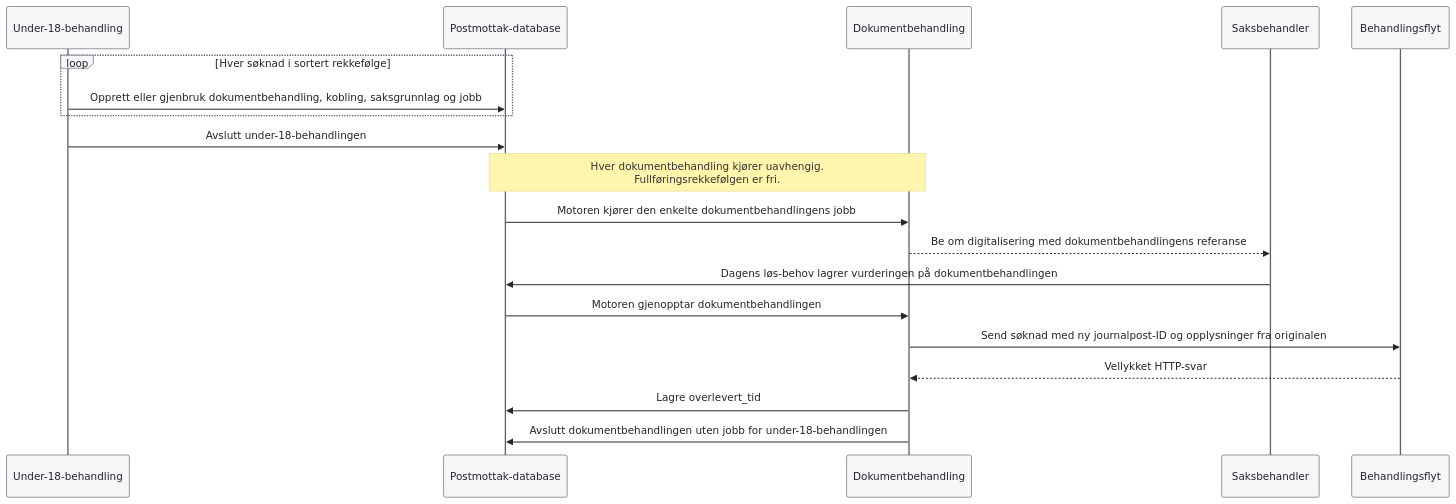
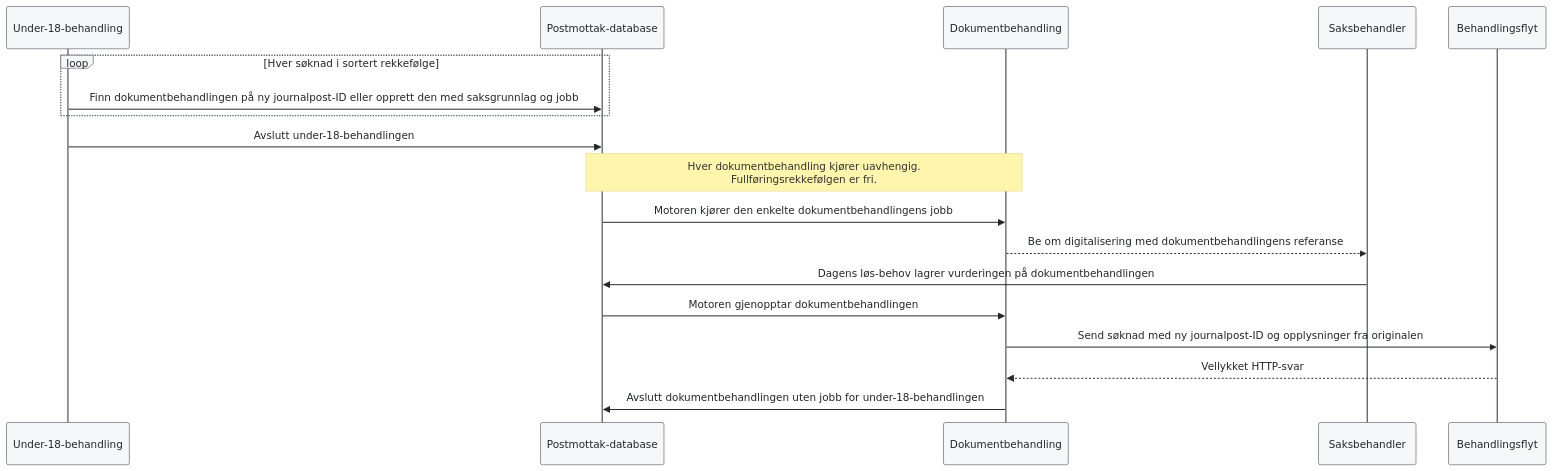
Before and after one commit to navikt/aap-postmottak-backend: the fifth of 6 diagrams in under-18-flyt.md, drawn with Mermaid. The commit also changed other lines of this file and 43 other files, not shown here.

````diff
--- a/under-18-flyt.md
+++ b/under-18-flyt.md
@@ -431,22 +431,21 @@
 ```mermaid
 %%{init: {"theme":"base","themeVariables":{"primaryColor":"#F6F7F9","primaryTextColor":"#23262A","primaryBorderColor":"#5B6169","lineColor":"#5B6169","secondaryColor":"#FBEDED","tertiaryColor":"#F6F7F9","background":"#FFFFFF"}}}%%
 sequenceDiagram
     participant F as Under-18-behandling
     participant DB as Postmottak-database
     participant B as Dokumentbehandling
     participant S as Saksbehandler
     participant K as Behandlingsflyt
     loop Hver søknad i sortert rekkefølge
-        F->>DB: Opprett eller gjenbruk dokumentbehandling, kobling, saksgrunnlag og jobb
+        F->>DB: Finn dokumentbehandlingen på ny journalpost-ID eller opprett den med saksgrunnlag og jobb
     end
     F->>DB: Avslutt under-18-behandlingen
     Note over DB,B: Hver dokumentbehandling kjører uavhengig.<br/>Fullføringsrekkefølgen er fri.
     DB->>B: Motoren kjører den enkelte dokumentbehandlingens jobb
     B-->>S: Be om digitalisering med dokumentbehandlingens referanse
     S->>DB: Dagens løs-behov lagrer vurderingen på dokumentbehandlingen
     DB->>B: Motoren gjenopptar dokumentbehandlingen
     B->>K: Send søknad med ny journalpost-ID og opplysninger fra originalen
     K-->>B: Vellykket HTTP-svar
-    B->>DB: Lagre overlevert_tid
     B->>DB: Avslutt dokumentbehandlingen uten jobb for under-18-behandlingen
 ```
````
